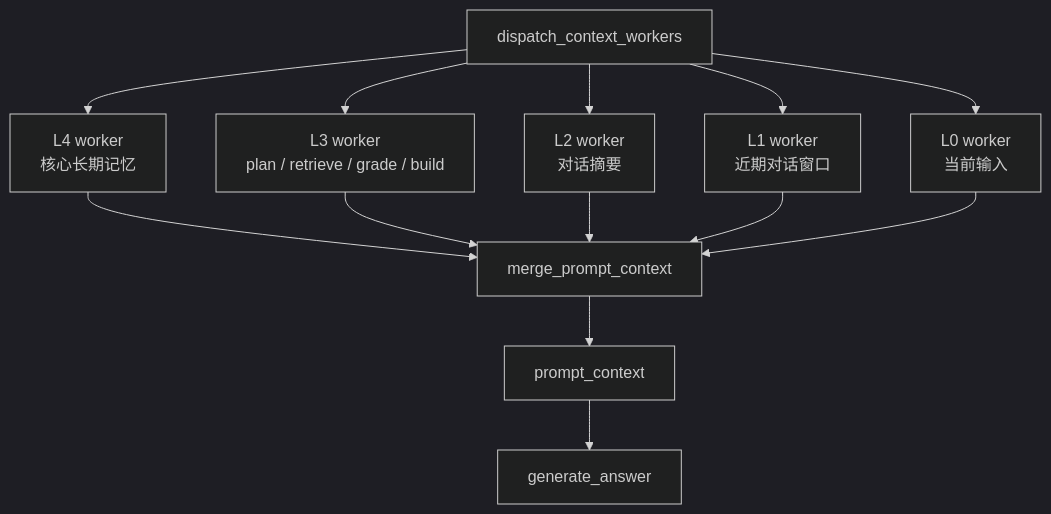
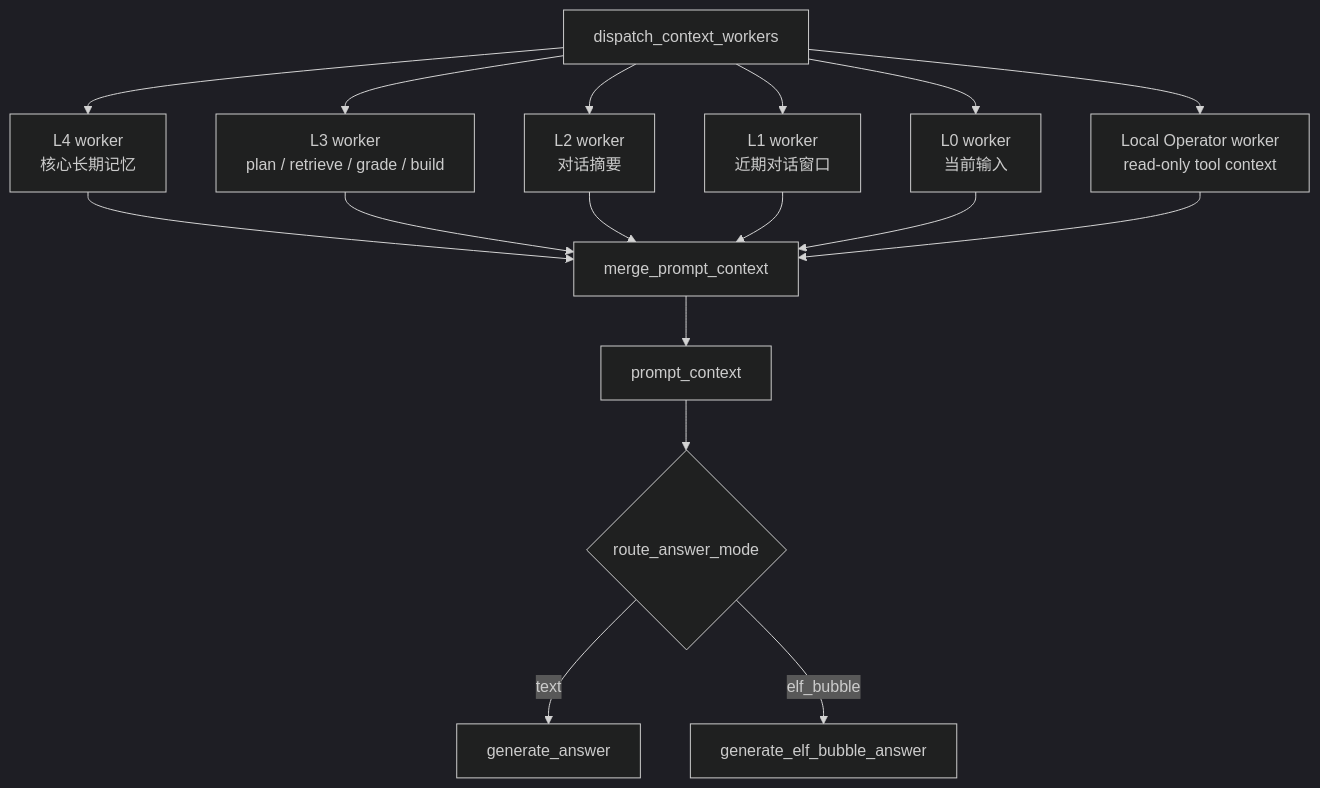
Before and after one commit to LiuJiaxuan1024/AiMemo: the second of 6 diagrams in docs/agent/memory-chat-graph.md, drawn with Mermaid (dark theme). The commit also changed other lines of this file and 150 other files, not shown here.

Commit message:
feat: add desktop elf and local operator

````diff
--- a/docs/agent/memory-chat-graph.md
+++ b/docs/agent/memory-chat-graph.md
@@ -321,17 +376,21 @@
 ```mermaid
 flowchart TD
     Dispatch[dispatch_context_workers] --> L4[L4 worker<br/>核心长期记忆]
     Dispatch --> L3[L3 worker<br/>plan / retrieve / grade / build]
     Dispatch --> L2[L2 worker<br/>对话摘要]
     Dispatch --> L1[L1 worker<br/>近期对话窗口]
     Dispatch --> L0[L0 worker<br/>当前输入]
+    Dispatch --> LocalOperator[Local Operator worker<br/>read-only tool context]
 
     L4 --> Merge[merge_prompt_context]
     L3 --> Merge
     L2 --> Merge
     L1 --> Merge
     L0 --> Merge
+    LocalOperator --> Merge
 
     Merge --> Prompt[prompt_context]
-    Prompt --> Generate[generate_answer]
+    Prompt --> RouteAnswer{route_answer_mode}
+    RouteAnswer -->|text| Generate[generate_answer]
+    RouteAnswer -->|elf_bubble| BubbleGenerate[generate_elf_bubble_answer]
 ```
````
